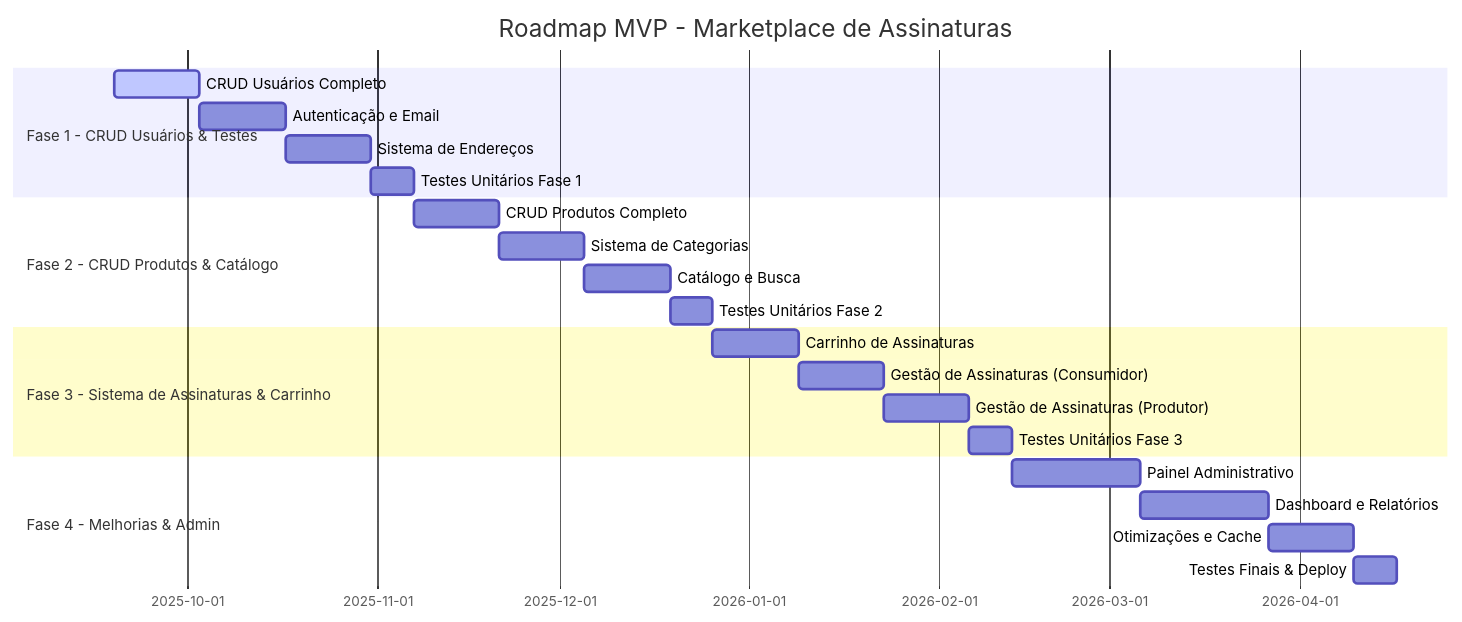
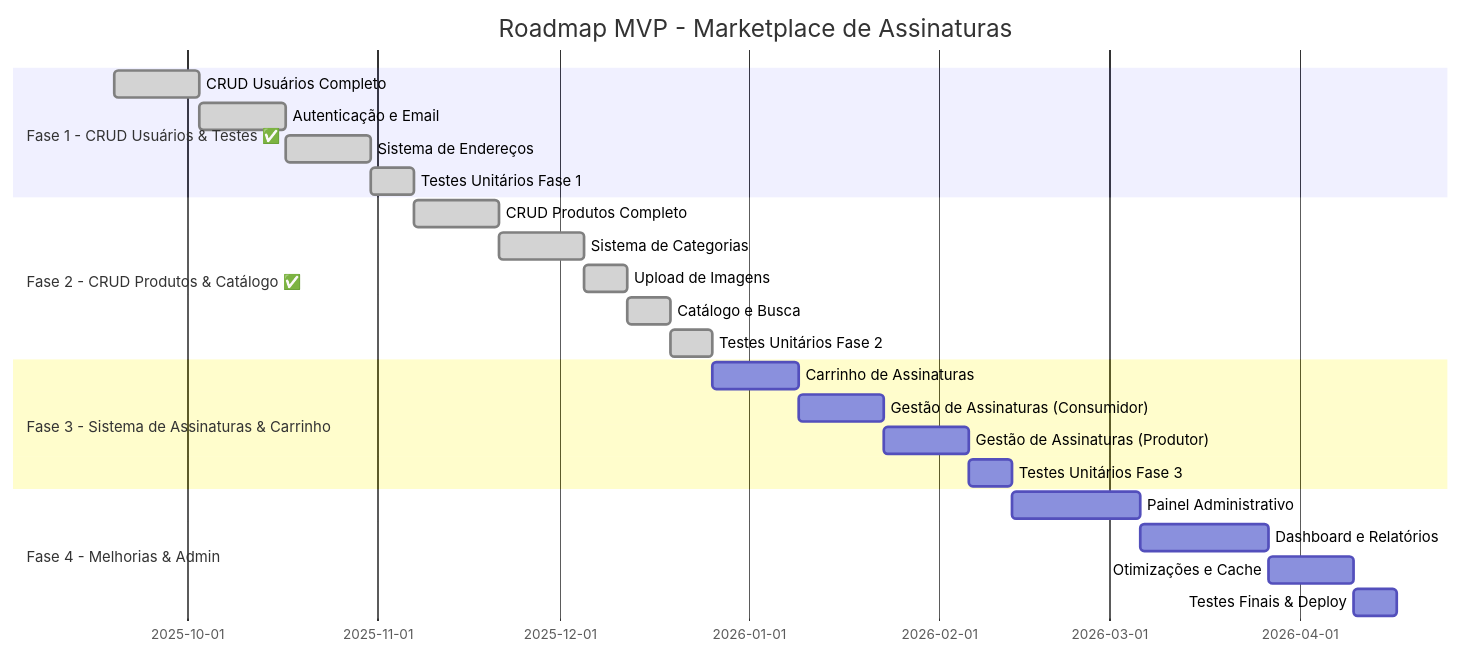
One commit to diogomasc/Hortifruti-BoaSaude-API changed the second of 2 diagrams in README.md. Above: the diagram before and after it, drawn with Mermaid. The commit also changed other lines of this file and 1 other file, not shown here.

First line of the commit message:
feat(products): add products and product images entities to database schema

````diff
--- a/README.md
+++ b/README.md
@@ -166,28 +159,29 @@
 ```mermaid
 gantt
     title Roadmap MVP - Marketplace de Assinaturas
     dateFormat  YYYY-MM-DD
-    section Fase 1 - CRUD Usuários & Testes
-    CRUD Usuários Completo   :active, users, 2025-09-19, 2w
-    Autenticação e Email     :auth, after users, 2w
-    Sistema de Endereços     :addr, after auth, 2w
-    Testes Unitários Fase 1  :tests1, after addr, 1w
-    
-    section Fase 2 - CRUD Produtos & Catálogo
-    CRUD Produtos Completo   :products, after tests1, 2w
-    Sistema de Categorias    :categories, after products, 2w
-    Catálogo e Busca         :catalog, after categories, 2w
-    Testes Unitários Fase 2  :tests2, after catalog, 1w
-    
+    section Fase 1 - CRUD Usuários & Testes ✅
+    CRUD Usuários Completo   :done, users, 2025-09-19, 2w
+    Autenticação e Email     :done, auth, after users, 2w
+    Sistema de Endereços     :done, addr, after auth, 2w
+    Testes Unitários Fase 1  :done, tests1, after addr, 1w
+
+    section Fase 2 - CRUD Produtos & Catálogo ✅
+    CRUD Produtos Completo   :done, products, after tests1, 2w
+    Sistema de Categorias    :done, categories, after products, 2w
+    Upload de Imagens        :done, images, after categories, 1w
+    Catálogo e Busca         :done, catalog, after images, 1w
+    Testes Unitários Fase 2  :done, tests2, after catalog, 1w
+
     section Fase 3 - Sistema de Assinaturas & Carrinho
     Carrinho de Assinaturas  :plans, after tests2, 2w
     Gestão de Assinaturas (Consumidor)  :cart, after plans, 2w
     Gestão de Assinaturas (Produtor)    :subscriptions, after cart, 2w
     Testes Unitários Fase 3  :tests3, after subscriptions, 1w
-    
+
     section Fase 4 - Melhorias & Admin
     Painel Administrativo    :admin, after tests3, 3w
     Dashboard e Relatórios   :dashboard, after admin, 3w
     Otimizações e Cache      :optimization, after dashboard, 2w
     Testes Finais & Deploy   :final, after optimization, 1w
 ```
````
